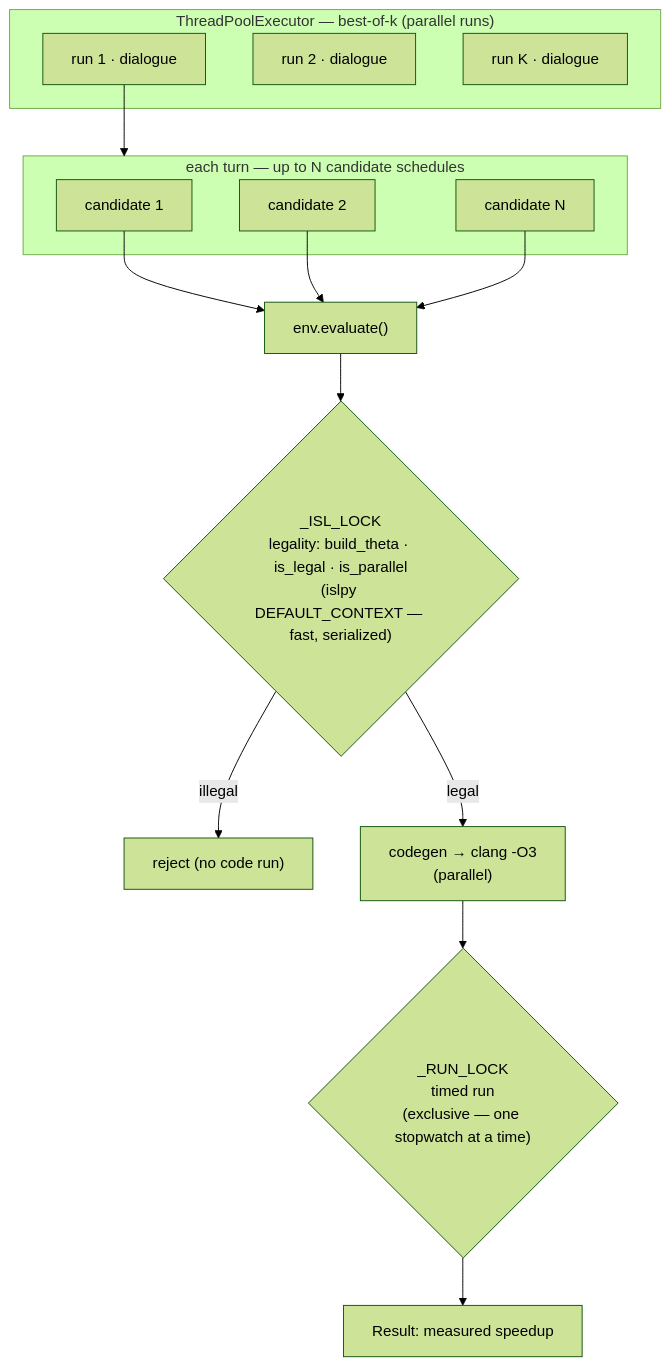
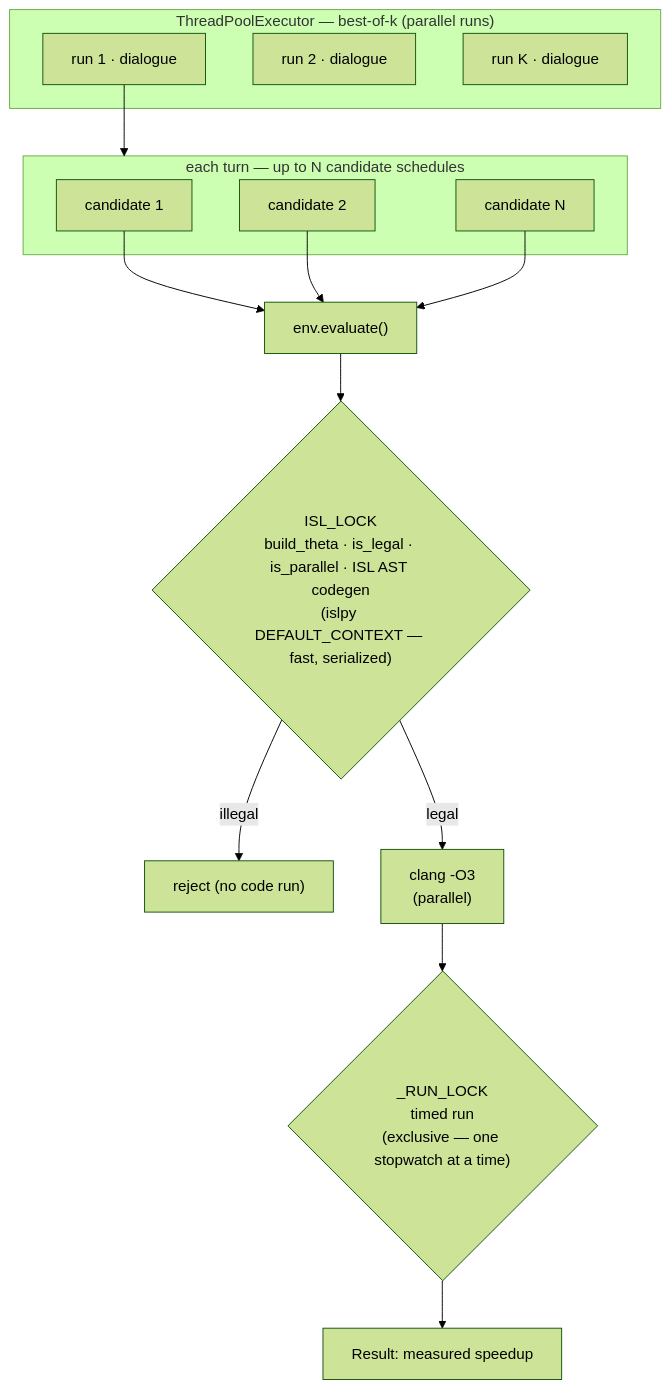
The first of 2 diagrams in docs/parallelism.md (cluster2600/cluster_compilot), drawn with Mermaid (forest theme) before and after one commit. The commit also changed other lines of this file and 5 other files, not shown here.

First line of the commit message:
Docs: ISL codegen, tiling semantics, re-measured numbers, corrected claims

````diff
--- a/docs/parallelism.md
+++ b/docs/parallelism.md
@@ -34,22 +34,22 @@
 ```mermaid
 flowchart TD
   subgraph POOL["ThreadPoolExecutor — best-of-k (parallel runs)"]
     R1["run 1 · dialogue"]
     R2["run 2 · dialogue"]
     Rk["run K · dialogue"]
   end
   subgraph TURN["each turn — up to N candidate schedules"]
     C1["candidate 1"]
     C2["candidate 2"]
     Cn["candidate N"]
   end
   R1 --> TURN
   C1 --> EV["env.evaluate()"]
   C2 --> EV
   Cn --> EV
-  EV --> L1{"_ISL_LOCK<br/>legality: build_theta · is_legal · is_parallel<br/>(islpy DEFAULT_CONTEXT — fast, serialized)"}
+  EV --> L1{"ISL_LOCK<br/>build_theta · is_legal · is_parallel · ISL AST codegen<br/>(islpy DEFAULT_CONTEXT — fast, serialized)"}
   L1 -- illegal --> BAD["reject (no code run)"]
-  L1 -- legal --> CG["codegen → clang -O3<br/>(parallel)"]
+  L1 -- legal --> CG["clang -O3<br/>(parallel)"]
   CG --> L2{"_RUN_LOCK<br/>timed run<br/>(exclusive — one stopwatch at a time)"}
   L2 --> RES["Result: measured speedup"]
 ```
````
